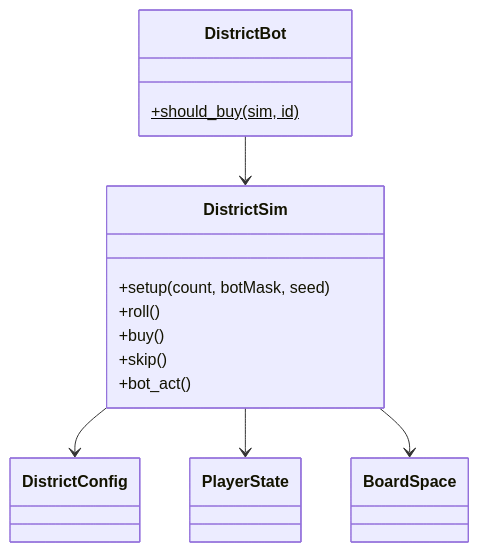
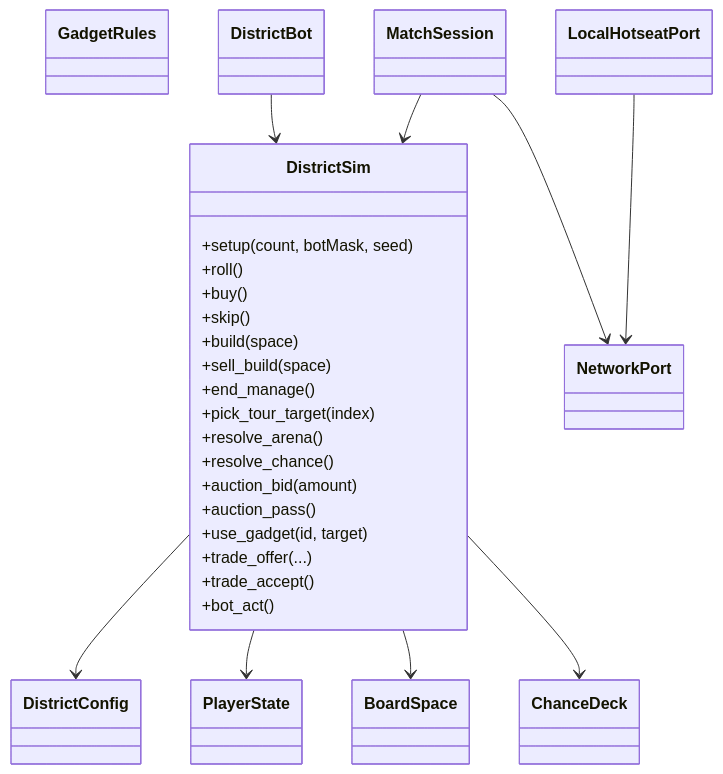
One commit to kblaszki/godot-game changed the diagram in games/districts/docs/reference/sim.md. Above: the diagram before and after it, drawn with Mermaid. The commit also changed other lines of this file and 15 other files, not shown here.

````diff
--- a/games/districts/docs/reference/sim.md
+++ b/games/districts/docs/reference/sim.md
@@ -22,20 +27,38 @@
 ```mermaid
 classDiagram
   class DistrictConfig
   class BoardSpace
   class PlayerState
+  class ChanceDeck
+  class GadgetRules
   class DistrictSim {
     +setup(count, botMask, seed)
     +roll()
     +buy()
     +skip()
+    +build(space)
+    +sell_build(space)
+    +end_manage()
+    +pick_tour_target(index)
+    +resolve_arena()
+    +resolve_chance()
+    +auction_bid(amount)
+    +auction_pass()
+    +use_gadget(id, target)
+    +trade_offer(...)
+    +trade_accept()
     +bot_act()
   }
-  class DistrictBot {
-    +should_buy(sim, id)$
-  }
+  class DistrictBot
+  class NetworkPort
+  class LocalHotseatPort
+  class MatchSession
   DistrictSim --> DistrictConfig
   DistrictSim --> PlayerState
   DistrictSim --> BoardSpace
+  DistrictSim --> ChanceDeck
   DistrictBot --> DistrictSim
+  MatchSession --> NetworkPort
+  MatchSession --> DistrictSim
+  LocalHotseatPort --> NetworkPort
 ```
````
